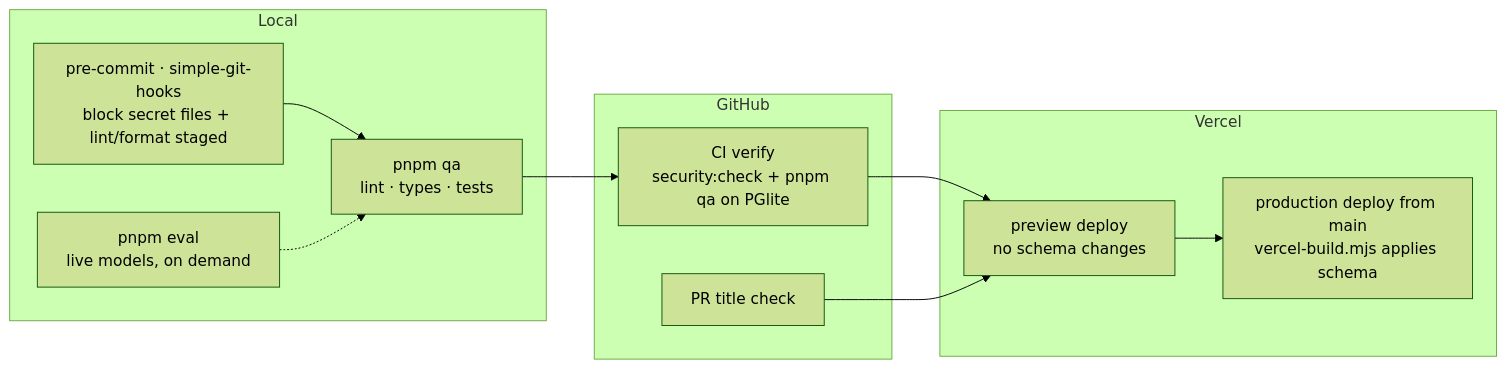
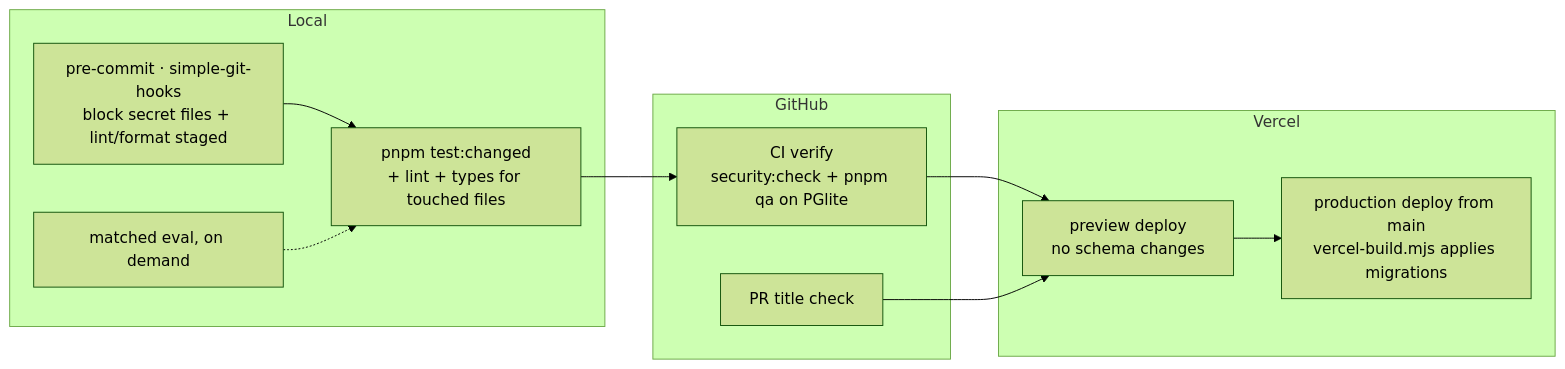
Before and after one commit to gaboesquivel/flow-signal: the fourth of 5 diagrams in docs/harness/dev-loop.md, drawn with Mermaid (forest theme). The commit also changed other lines of this file and 7 other files, not shown here.

First line of the commit message:
docs(harness): refresh diagrams for specs 006, 007, and 010 (#12)

````diff
--- a/docs/harness/dev-loop.md
+++ b/docs/harness/dev-loop.md
@@ -39,19 +54,19 @@
 ```mermaid
 flowchart LR
   subgraph Local
     PC[pre-commit · simple-git-hooks<br/>block secret files + lint/format staged]
-    QA[pnpm qa<br/>lint · types · tests]
-    EV[pnpm eval<br/>live models, on demand]
+    TC[pnpm test:changed<br/>+ lint + types for touched files]
+    EV[matched eval, on demand]
   end
   subgraph GitHub
     CI[CI verify<br/>security:check + pnpm qa on PGlite]
     PT[PR title check]
   end
   subgraph Vercel
     PV[preview deploy<br/>no schema changes]
-    PR[production deploy from main<br/>vercel-build.mjs applies schema]
+    PR[production deploy from main<br/>vercel-build.mjs applies migrations]
   end
-  PC --> QA --> CI --> PV --> PR
+  PC --> TC --> CI --> PV --> PR
   PT --> PV
-  EV -.-> QA
+  EV -.-> TC
 ```
````
